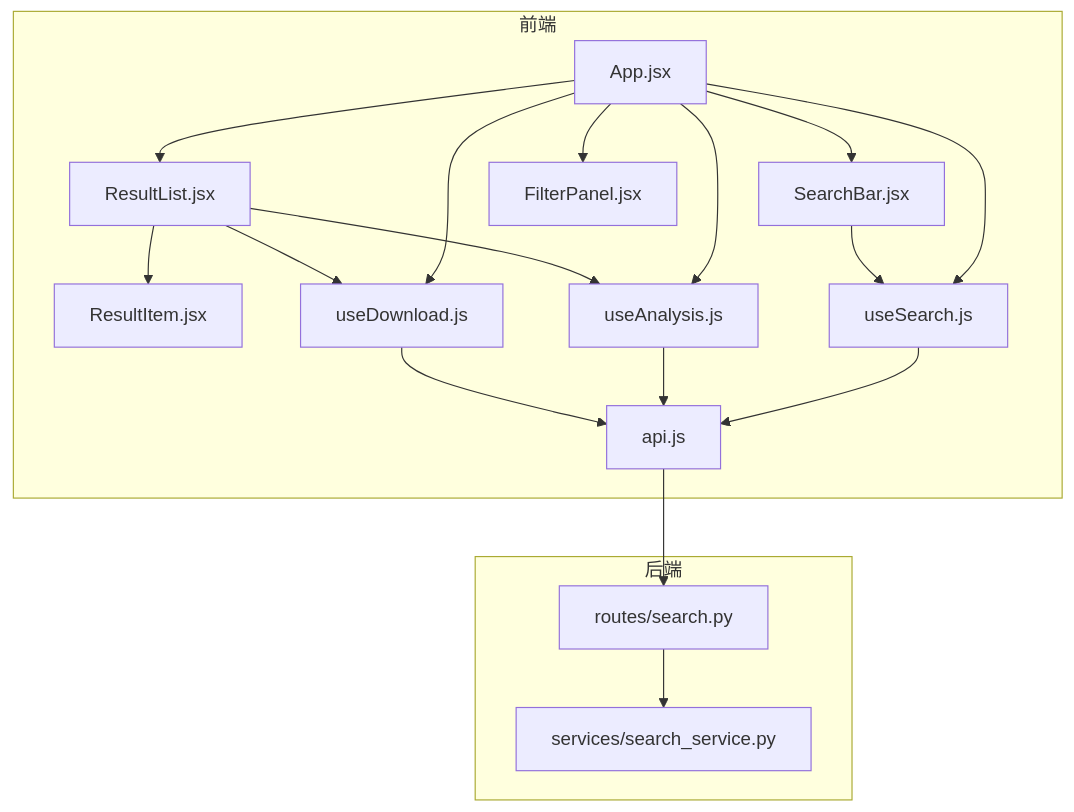
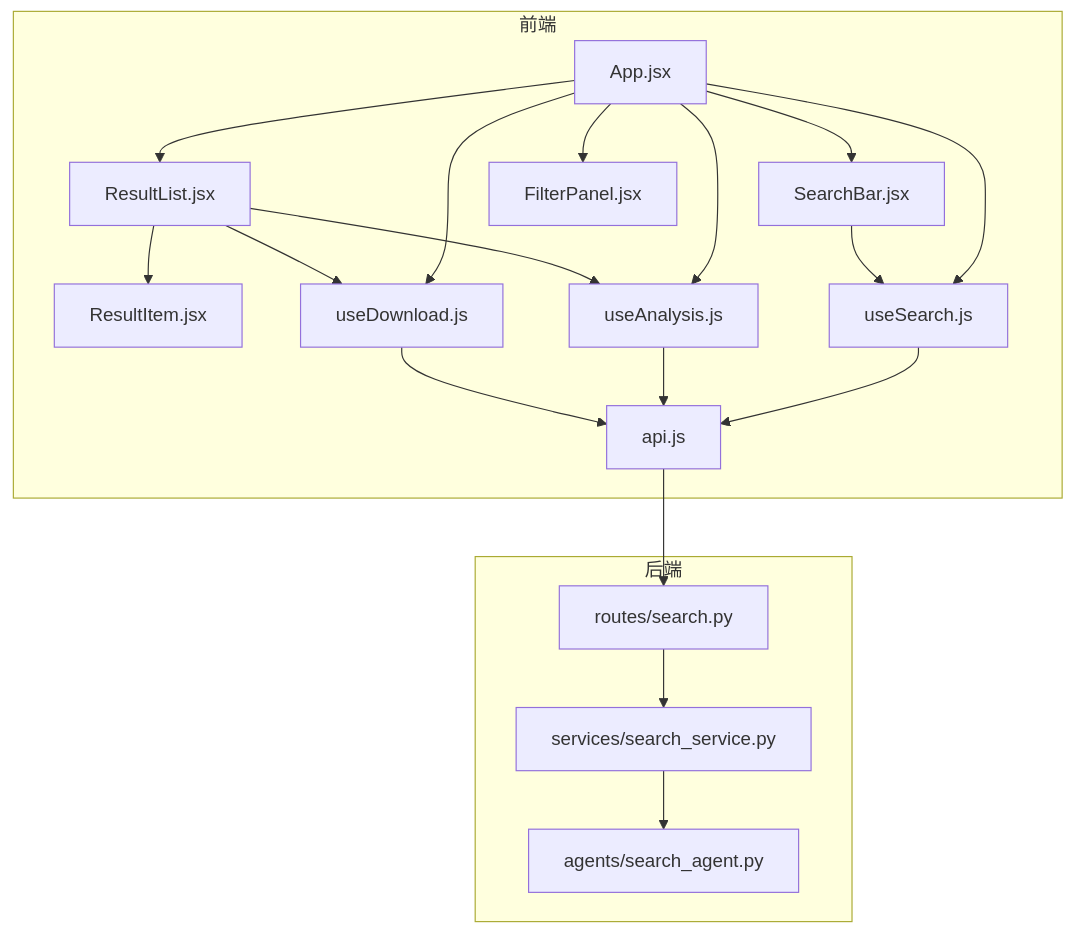
Before and after one commit to wangdy21/search_is_all_you_need: the first of 3 diagrams in .qoder/repowiki/zh/content/系统架构设计/前端架构设计/组件架构设计/搜索相关组件.md, drawn with Mermaid. The commit also changed other lines of this file and 11 other files, not shown here.

````diff
--- a/.qoder/repowiki/zh/content/系统架构设计/前端架构设计/组件架构设计/搜索相关组件.md
+++ b/.qoder/repowiki/zh/content/系统架构设计/前端架构设计/组件架构设计/搜索相关组件.md
@@ -41,33 +49,35 @@
 ```mermaid
 graph TB
 subgraph "前端"
 APP["App.jsx"]
 SB["SearchBar.jsx"]
 RL["ResultList.jsx"]
 RI["ResultItem.jsx"]
 FP["FilterPanel.jsx"]
 US["useSearch.js"]
 UA["useAnalysis.js"]
 UD["useDownload.js"]
 API["api.js"]
 end
 subgraph "后端"
 SR["routes/search.py"]
 SS["services/search_service.py"]
+SA["agents/search_agent.py"]
 end
 APP --> SB
 APP --> RL
 APP --> FP
 APP --> US
 APP --> UA
 APP --> UD
 RL --> RI
 SB --> US
 RL --> UA
 RL --> UD
 US --> API
 UA --> API
 UD --> API
 API --> SR
 SR --> SS
+SS --> SA
 ```
````
